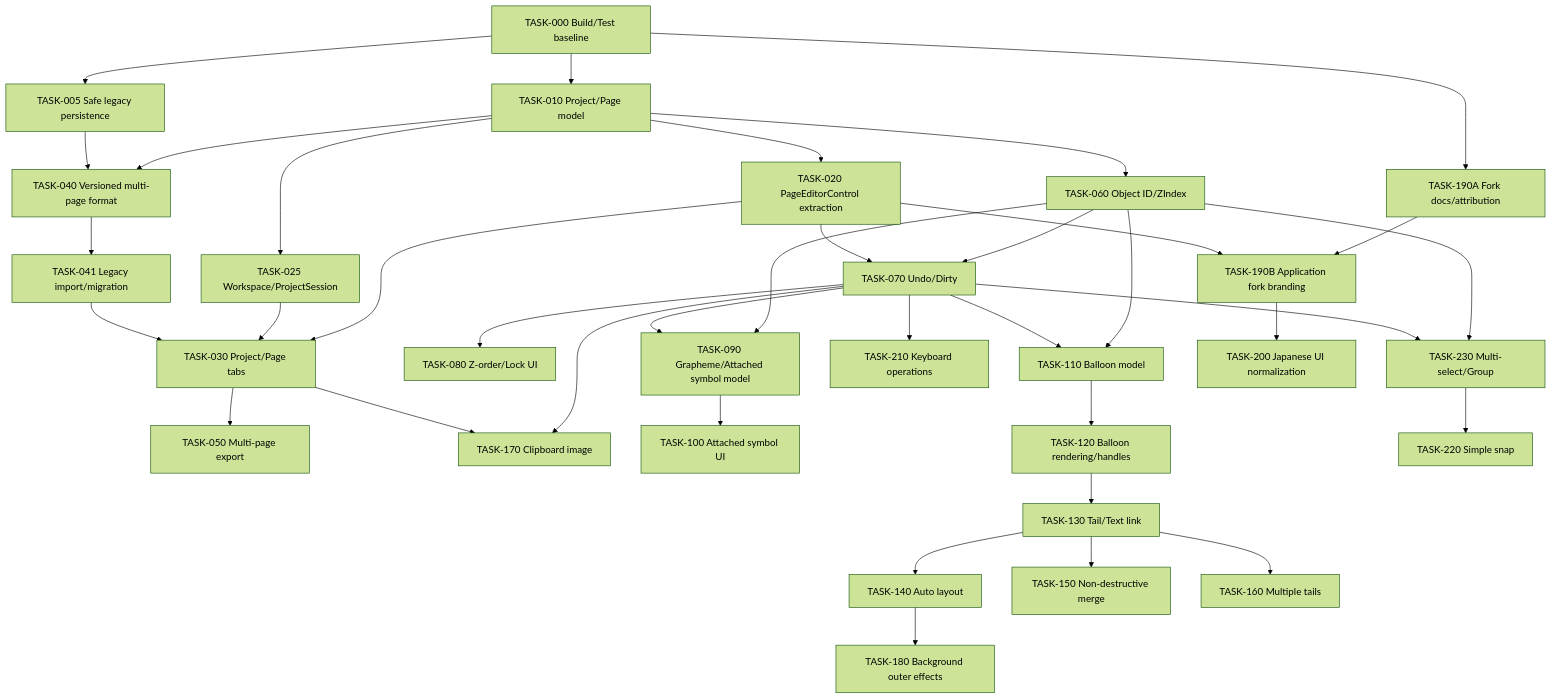
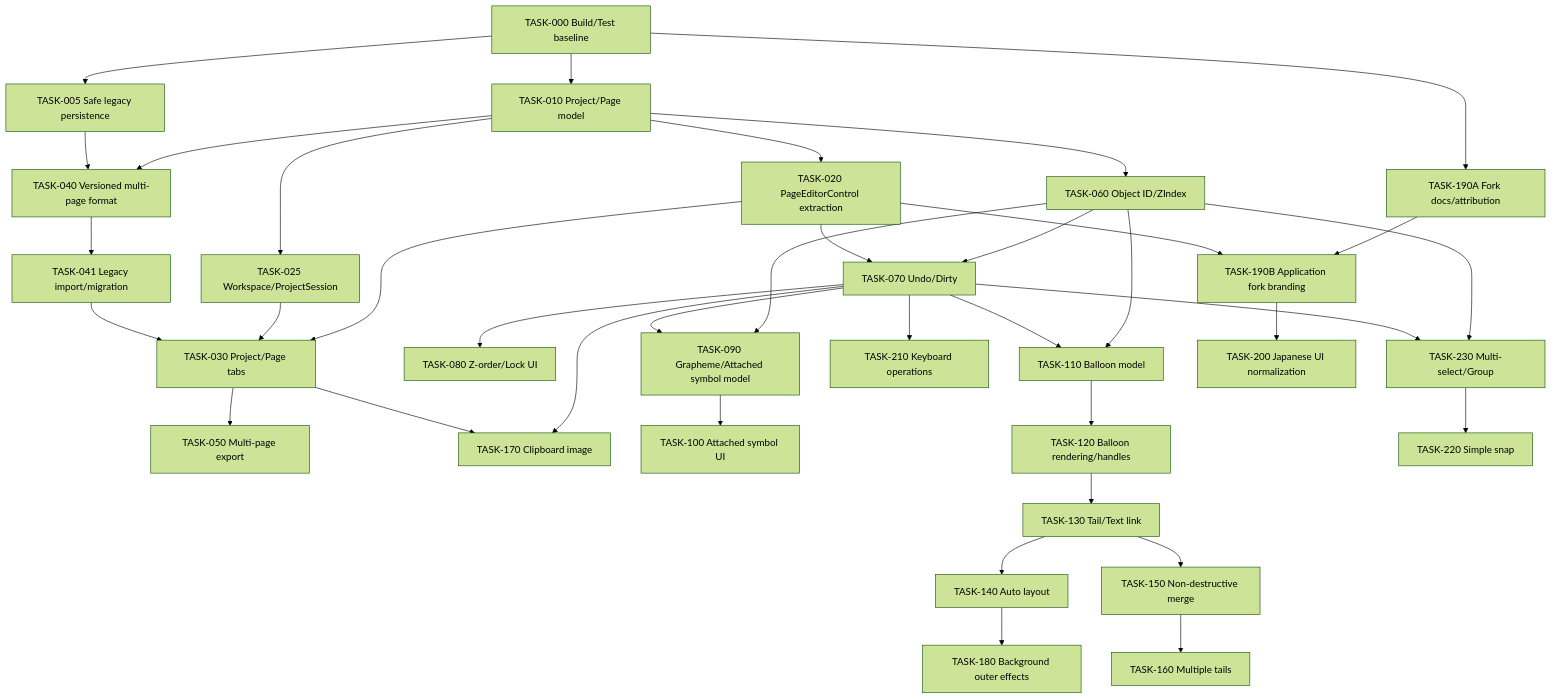
One commit to bncarrasco/MojiCollaTool_kattever changed the diagram in docs/planning/task-breakdown.md. Above: the diagram before and after it, drawn with Mermaid (forest theme). The commit also changed other lines of this file and 4 other files, not shown here.

````diff
--- a/docs/planning/task-breakdown.md
+++ b/docs/planning/task-breakdown.md
@@ -9,39 +9,39 @@
 ```mermaid
 flowchart TD
   T000[TASK-000 Build/Test baseline] --> T005[TASK-005 Safe legacy persistence]
   T000 --> T010[TASK-010 Project/Page model]
   T000 --> T190A[TASK-190A Fork docs/attribution]
   T010 --> T020[TASK-020 PageEditorControl extraction]
   T010 --> T025[TASK-025 Workspace/ProjectSession]
   T010 --> T040[TASK-040 Versioned multi-page format]
   T010 --> T060[TASK-060 Object ID/ZIndex]
   T005 --> T040
   T040 --> T041[TASK-041 Legacy import/migration]
   T020 --> T030[TASK-030 Project/Page tabs]
   T025 --> T030
   T041 --> T030
   T060 --> T070[TASK-070 Undo/Dirty]
   T020 --> T070
   T070 --> T080[TASK-080 Z-order/Lock UI]
   T030 --> T050[TASK-050 Multi-page export]
   T070 --> T170[TASK-170 Clipboard image]
   T030 --> T170
   T060 --> T090[TASK-090 Grapheme/Attached symbol model]
   T070 --> T090
   T090 --> T100[TASK-100 Attached symbol UI]
   T060 --> T110[TASK-110 Balloon model]
   T070 --> T110
   T110 --> T120[TASK-120 Balloon rendering/handles]
   T120 --> T130[TASK-130 Tail/Text link]
   T130 --> T140[TASK-140 Auto layout]
   T130 --> T150[TASK-150 Non-destructive merge]
-  T130 --> T160[TASK-160 Multiple tails]
+  T150 --> T160[TASK-160 Multiple tails]
   T070 --> T210[TASK-210 Keyboard operations]
   T060 --> T230[TASK-230 Multi-select/Group]
   T070 --> T230
   T230 --> T220[TASK-220 Simple snap]
   T190A --> T190B[TASK-190B Application fork branding]
   T020 --> T190B
   T190B --> T200[TASK-200 Japanese UI normalization]
   T140 --> T180[TASK-180 Background outer effects]
 ```
````
